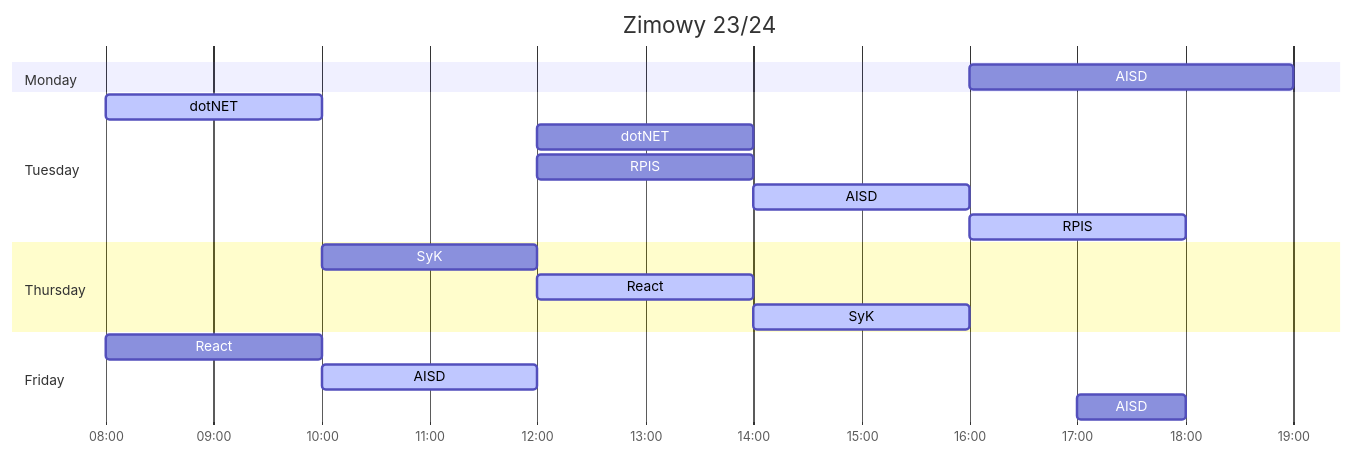
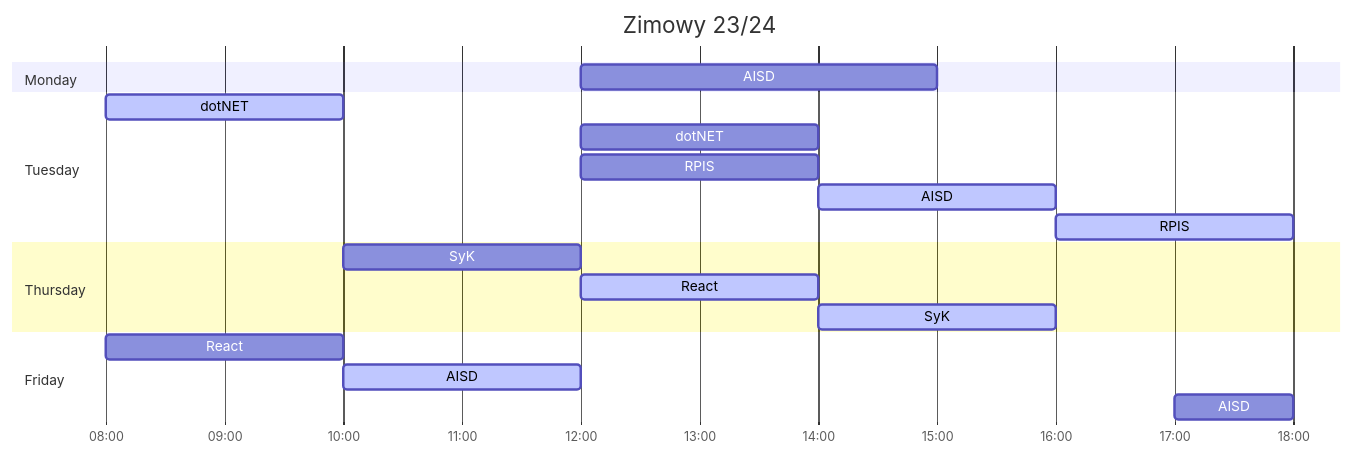
One commit to PatrykFlama/UWr changed the first of 4 diagrams in README.md. Above: the diagram before and after it, drawn with Mermaid.

````diff
--- a/README.md
+++ b/README.md
@@ -11,28 +11,28 @@
 ```mermaid
 gantt
     title Zimowy 23/24
     dateFormat HH
     axisFormat %H:%M
 
     section Monday
-        AISD                            : 16, 19
+        AISD                            : 12, 15
 
     section Tuesday
         dotNET                          : active, 08, 10
         dotNET                          : 12, 14
         RPIS                            : 12, 14
         AISD                            : active, 14, 16
         RPIS                            : active, 16, 18
 
     section Wednesday
 
     section Thursday
         SyK                             : 10, 12
         React                           : active, 12, 14
         SyK                             : active, 14, 16
 
     section Friday
         React                           : 08, 10
         AISD                            : active, 10, 12
         AISD                            : 17, 18
 ```
````
